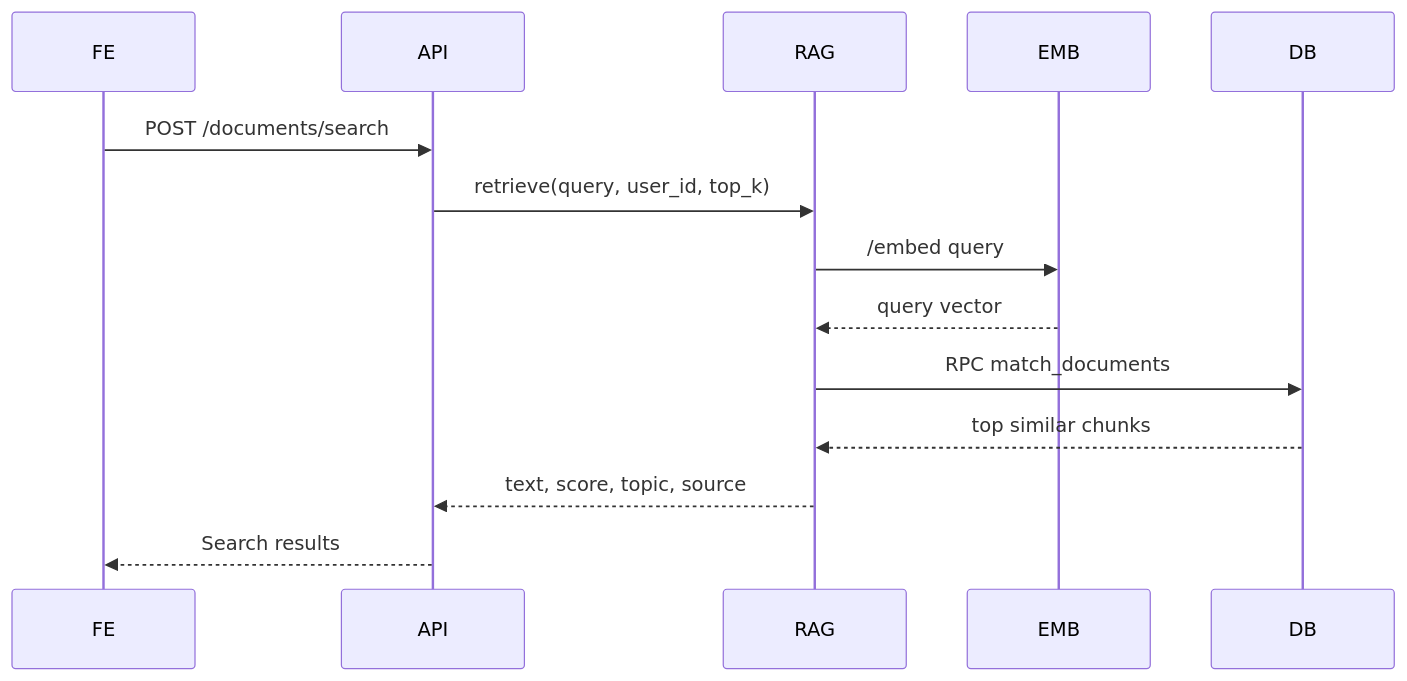
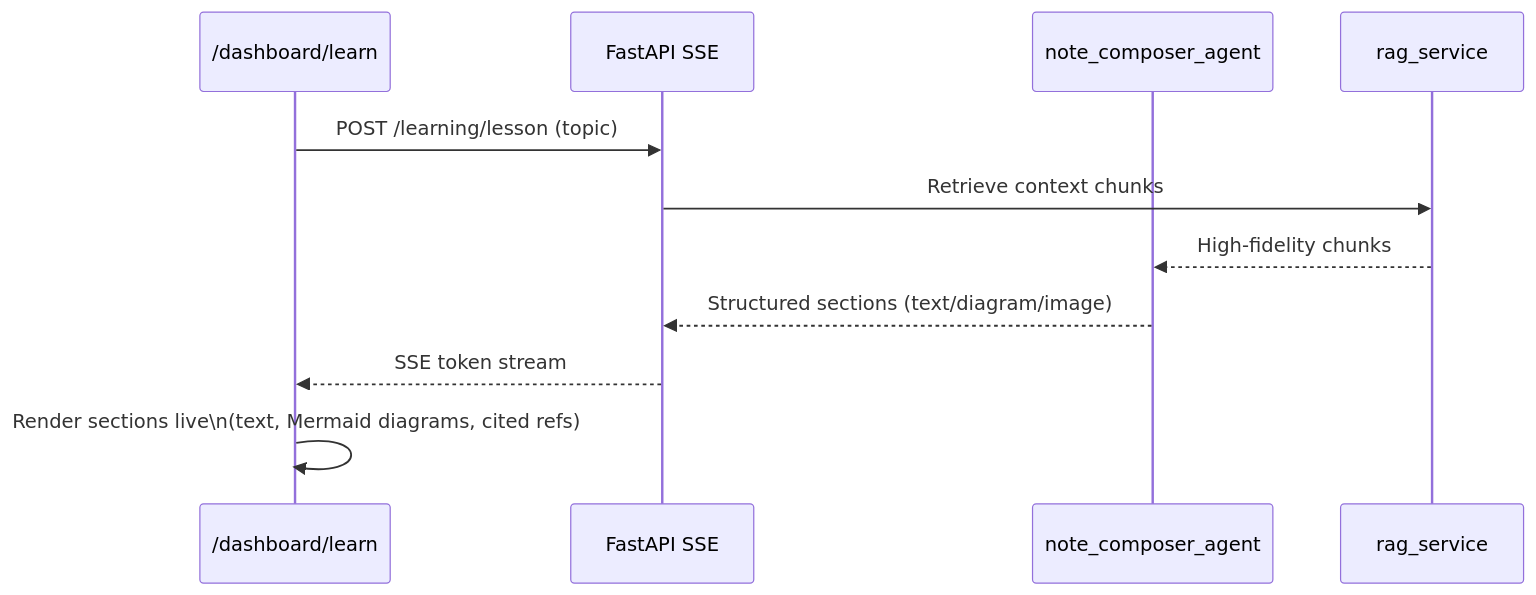
One commit to Ramosh99/CognifyAI changed diagram 12 of 15 in ARCHITECTURE.md. Above: the diagram before and after it, drawn with Mermaid. The commit also changed other lines of this file and 1 other file, not shown here.

Commit message:
fix: truncate long Mermaid diagram labels to ensure valid syntax

````diff
--- a/ARCHITECTURE.md
+++ b/ARCHITECTURE.md
@@ -165,17 +334,14 @@
 ```mermaid
 sequenceDiagram
-  participant FE
-  participant API
-  participant RAG
-  participant EMB
-  participant DB
+    participant FE as /dashboard/learn
+    participant API as FastAPI SSE
+    participant Agent as note_composer_agent
+    participant RAG as rag_service
 
-  FE->>API: POST /documents/search
-  API->>RAG: retrieve(query, user_id, top_k)
-  RAG->>EMB: /embed query
-  EMB-->>RAG: query vector
-  RAG->>DB: RPC match_documents
-  DB-->>RAG: top similar chunks
-  RAG-->>API: text, score, topic, source
-  API-->>FE: Search results
+    FE->>API: POST /learning/lesson (topic)
+    API->>RAG: Retrieve context chunks
+    RAG-->>Agent: High-fidelity chunks
+    Agent-->>API: Structured sections (text/diagram/image)
+    API-->>FE: SSE token stream
+    FE->>FE: Render sections live\n(text, Mermaid diagrams, cited refs)
 ```
````
